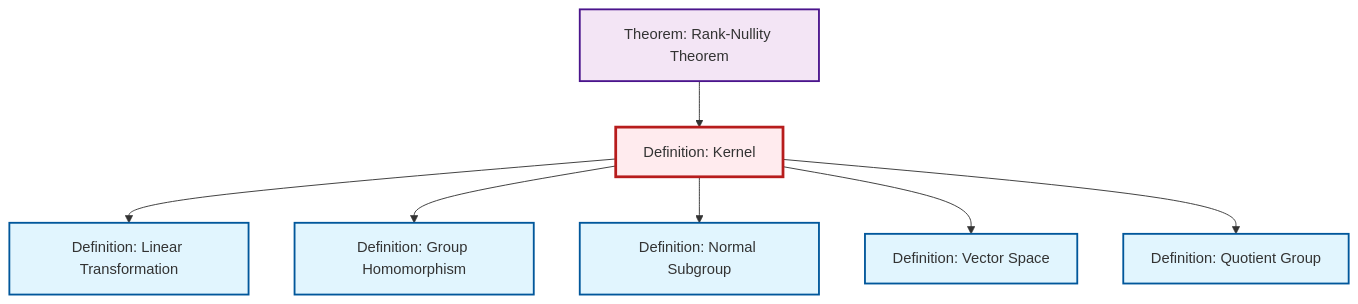
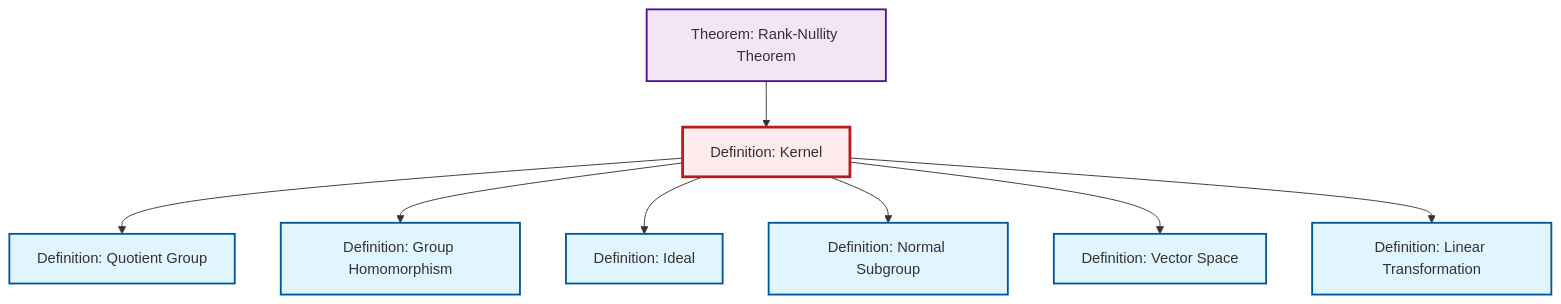
One commit to RK0429/ModernMath changed the diagram in content/en/algebra/def-kernel.qmd. Above: the diagram before and after it, drawn with Mermaid. The commit also changed 530 other files, not shown here.

````diff
--- a/content/en/algebra/def-kernel.qmd
+++ b/content/en/algebra/def-kernel.qmd
@@ -79,29 +79,32 @@
 ```{mermaid}
 %%| fig-cap: "Local dependency graph"
 graph TD
     classDef definition fill:#e1f5fe,stroke:#01579b,stroke-width:2px
     classDef theorem fill:#f3e5f5,stroke:#4a148c,stroke-width:2px
     classDef axiom fill:#fff3e0,stroke:#e65100,stroke-width:2px
     classDef example fill:#e8f5e9,stroke:#1b5e20,stroke-width:2px
     classDef current fill:#ffebee,stroke:#b71c1c,stroke-width:3px
-    def-linear-transformation["Definition: Linear Transformation"]:::definition
+    def-ideal["Definition: Ideal"]:::definition
+    def-normal-subgroup["Definition: Normal Subgroup"]:::definition
+    thm-rank-nullity["Theorem: Rank-Nullity Theorem"]:::theorem
+    def-kernel["Definition: Kernel"]:::definition
+    def-homomorphism["Definition: Group Homomorphism"]:::definition
     def-quotient-group["Definition: Quotient Group"]:::definition
     def-vector-space["Definition: Vector Space"]:::definition
-    thm-rank-nullity["Theorem: Rank-Nullity Theorem"]:::theorem
-    def-normal-subgroup["Definition: Normal Subgroup"]:::definition
-    def-homomorphism["Definition: Group Homomorphism"]:::definition
-    def-kernel["Definition: Kernel"]:::definition
-    def-kernel --> def-linear-transformation
+    def-linear-transformation["Definition: Linear Transformation"]:::definition
+    def-kernel --> def-quotient-group
     def-kernel --> def-homomorphism
+    def-kernel --> def-ideal
+    thm-rank-nullity --> def-kernel
     def-kernel --> def-normal-subgroup
     def-kernel --> def-vector-space
-    def-kernel --> def-quotient-group
-    thm-rank-nullity --> def-kernel
+    def-kernel --> def-linear-transformation
     class def-kernel current
-    click def-linear-transformation "def-linear-transformation.html" "Go to Linear Transformation definition"
+    click def-ideal "def-ideal.html" "Go to Ideal definition"
+    click def-normal-subgroup "def-normal-subgroup.html" "Go to Normal Subgroup definition"
+    click thm-rank-nullity "thm-rank-nullity.html" "Go to Rank-Nullity Theorem theorem"
+    click def-homomorphism "def-homomorphism.html" "Go to Group Homomorphism definition"
     click def-quotient-group "def-quotient-group.html" "Go to Quotient Group definition"
     click def-vector-space "def-vector-space.html" "Go to Vector Space definition"
-    click thm-rank-nullity "thm-rank-nullity.html" "Go to Rank-Nullity Theorem theorem"
-    click def-normal-subgroup "def-normal-subgroup.html" "Go to Normal Subgroup definition"
-    click def-homomorphism "def-homomorphism.html" "Go to Group Homomorphism definition"
+    click def-linear-transformation "def-linear-transformation.html" "Go to Linear Transformation definition"
 ```
````
